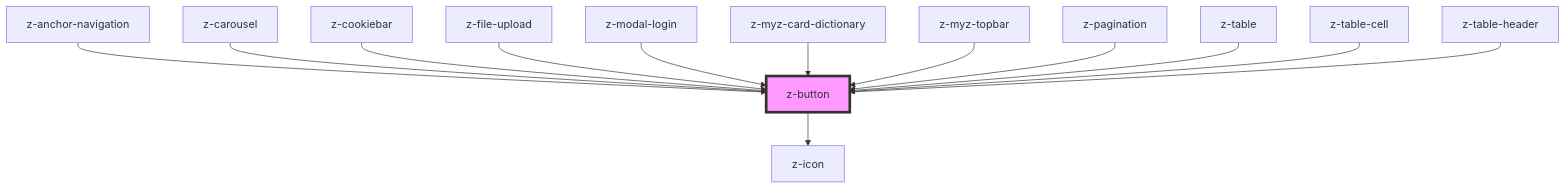
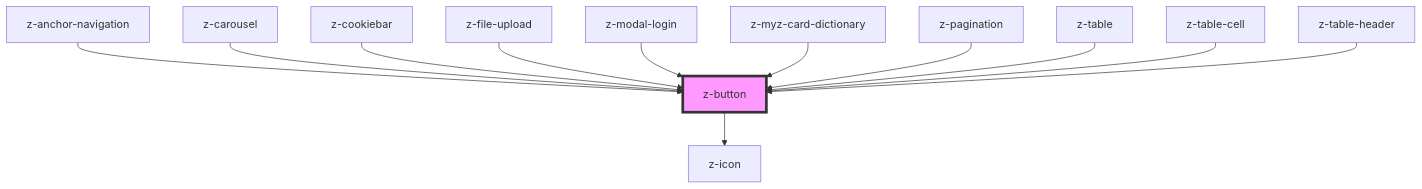
The diagram in src/components/buttons/z-button/readme.md (ZanichelliEditore/design-system), drawn with Mermaid before and after one commit. The commit also changed other lines of this file and 11 other files, not shown here.

Commit message:
MYZ-8665: delete ZMyzTopbar

````diff
--- a/src/components/buttons/z-button/readme.md
+++ b/src/components/buttons/z-button/readme.md
@@ -128,16 +127,15 @@
 ```mermaid
 graph TD;
   z-button --> z-icon
   z-anchor-navigation --> z-button
   z-carousel --> z-button
   z-cookiebar --> z-button
   z-file-upload --> z-button
   z-modal-login --> z-button
   z-myz-card-dictionary --> z-button
-  z-myz-topbar --> z-button
   z-pagination --> z-button
   z-table --> z-button
   z-table-cell --> z-button
   z-table-header --> z-button
   style z-button fill:#f9f,stroke:#333,stroke-width:4px
 ```
````
